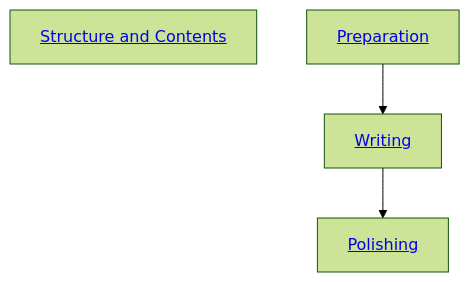
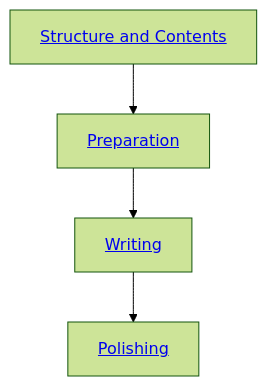
The diagram in docs/writing section.md (digital-work-lab/theses), drawn with Mermaid (forest theme) before and after one commit. The commit also changed 4 other files, not shown here.

````diff
--- a/docs/writing section.md
+++ b/docs/writing section.md
@@ -16,6 +16,6 @@
 ```mermaid
 flowchart
-    structure_and_contents["<a href='#structure_and_contents'>Structure and Contents</a>"]; preparation["<a href='#preparation'>Preparation</a>"] --> writing["<a href='#writing'>Writing</a>"]
+    structure_and_contents["<a href='#structure_and_contents'>Structure and Contents</a>"] --> preparation["<a href='#preparation'>Preparation</a>"] --> writing["<a href='#writing'>Writing</a>"]
     writing --> polishing["<a href='#polishing'>Polishing</a>"]
 
 ```
````
